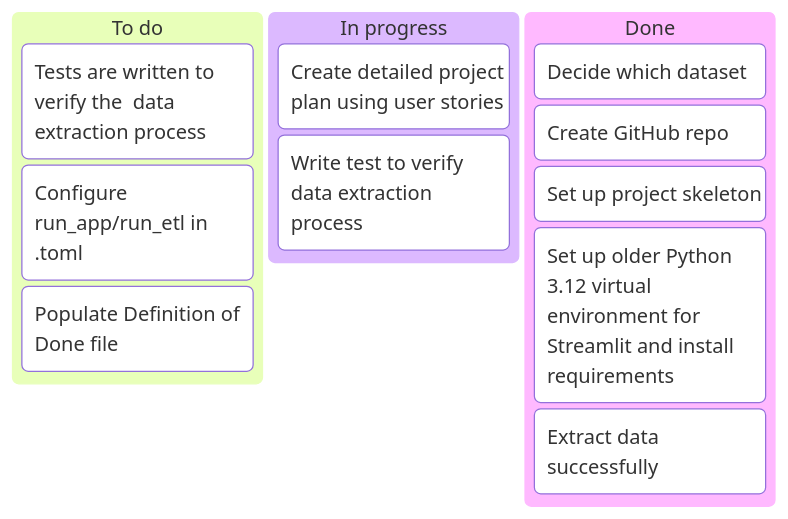
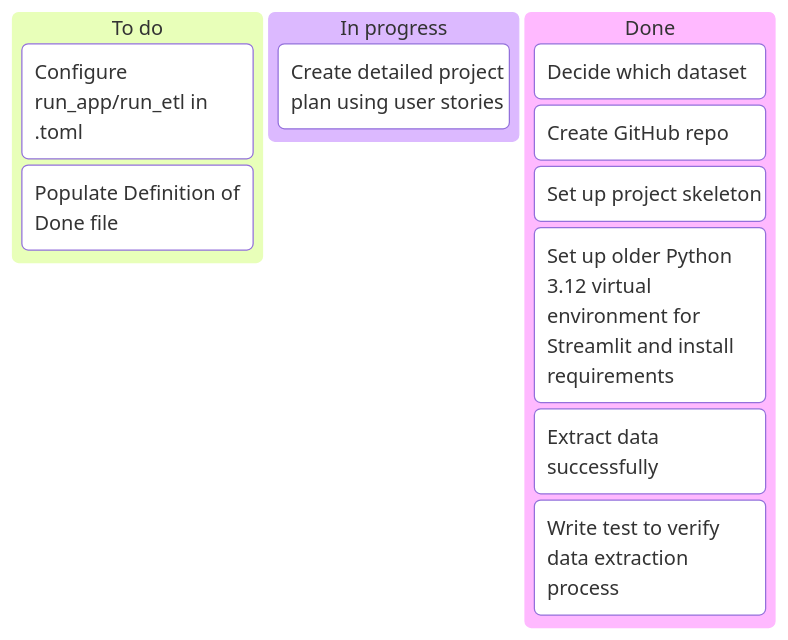
The first of 2 diagrams in docs/kanban.md (RonanD10/capstone-project), drawn with Mermaid before and after one commit. The commit also changed 23 other files, not shown here.

````diff
--- a/docs/kanban.md
+++ b/docs/kanban.md
@@ -3,28 +3,20 @@
 ```mermaid
 kanban
-    To do   
-
-        
-
-        
-
-        Tests are written to verify the  data extraction process
-
+    To do
         Configure run_app/run_etl in .toml
-
         Populate Definition of Done file
 
     In progress
         
         Create detailed project plan using user stories
-        Write test to verify data extraction process
         
 
     Done
         Decide which dataset
         Create GitHub repo 
         Set up project skeleton
         Set up older Python 3.12 virtual environment for Streamlit and install requirements
         Extract data successfully
+        Write test to verify data extraction process
         
 ```
````
